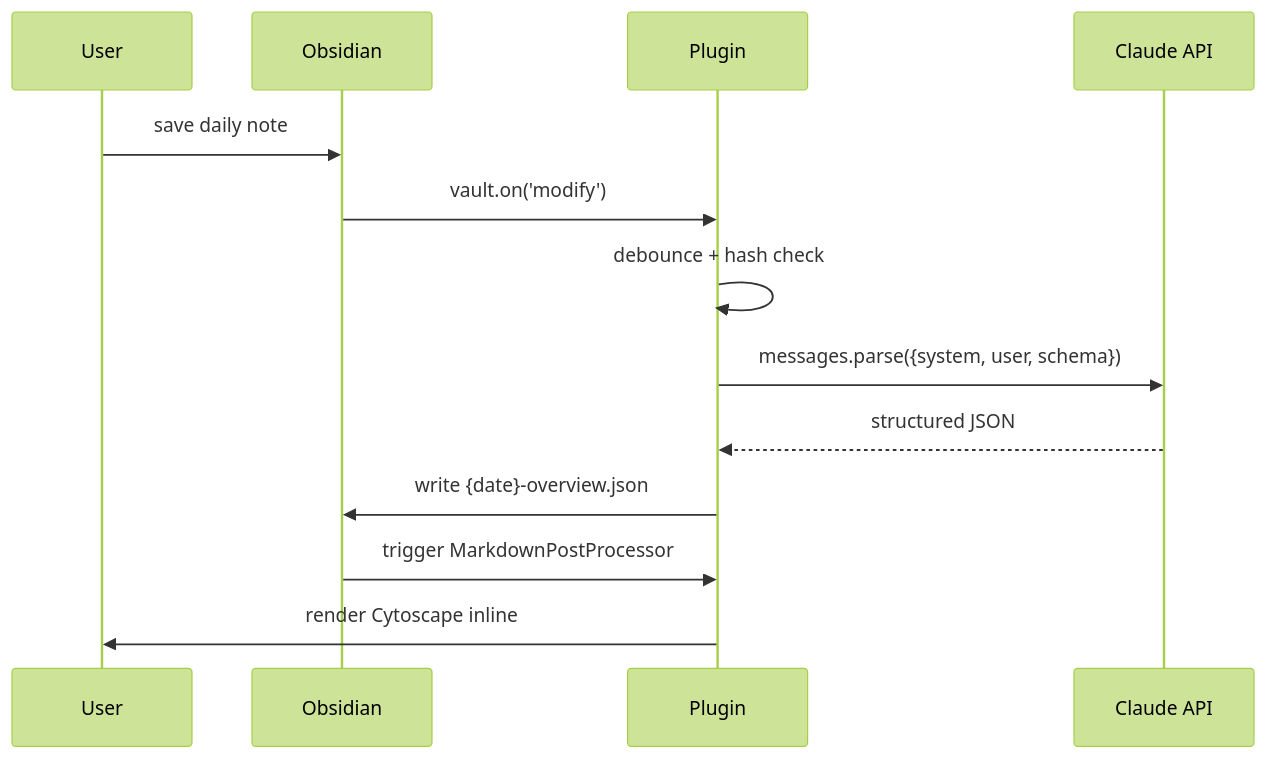
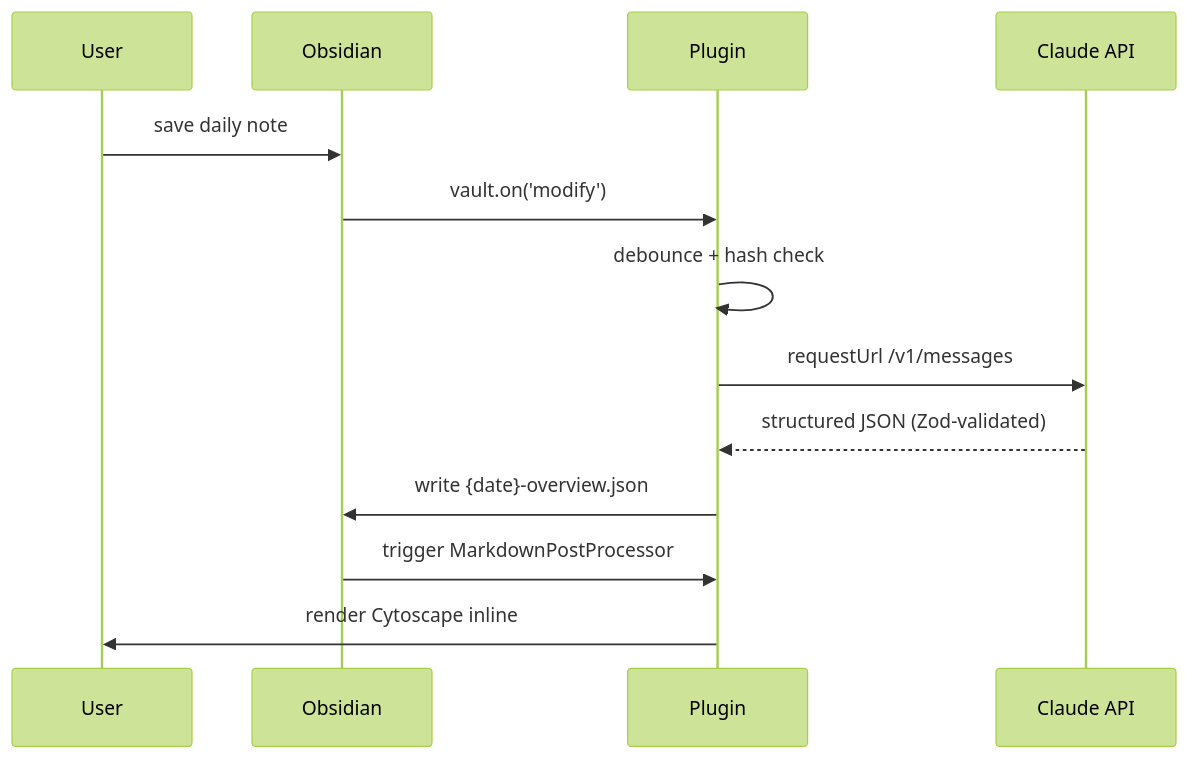
The diagram in plugins/obsidian-plugin/README.md (bobthearsonist/visual-notes), drawn with Mermaid (forest theme) before and after one commit. The commit also changed other lines of this file and 5 other files, not shown here.

````diff
--- a/plugins/obsidian-plugin/README.md
+++ b/plugins/obsidian-plugin/README.md
@@ -53,11 +53,16 @@
 ```mermaid
 sequenceDiagram
+    participant User
+    participant Obsidian
+    participant Plugin
+    participant API as Claude API
+
     User->>Obsidian: save daily note
     Obsidian->>Plugin: vault.on('modify')
     Plugin->>Plugin: debounce + hash check
-    Plugin->>Claude API: messages.parse({system, user, schema})
-    Claude API-->>Plugin: structured JSON
+    Plugin->>API: requestUrl /v1/messages
+    API-->>Plugin: structured JSON (Zod-validated)
     Plugin->>Obsidian: write {date}-overview.json
     Obsidian->>Plugin: trigger MarkdownPostProcessor
     Plugin->>User: render Cytoscape inline
 ```
````
